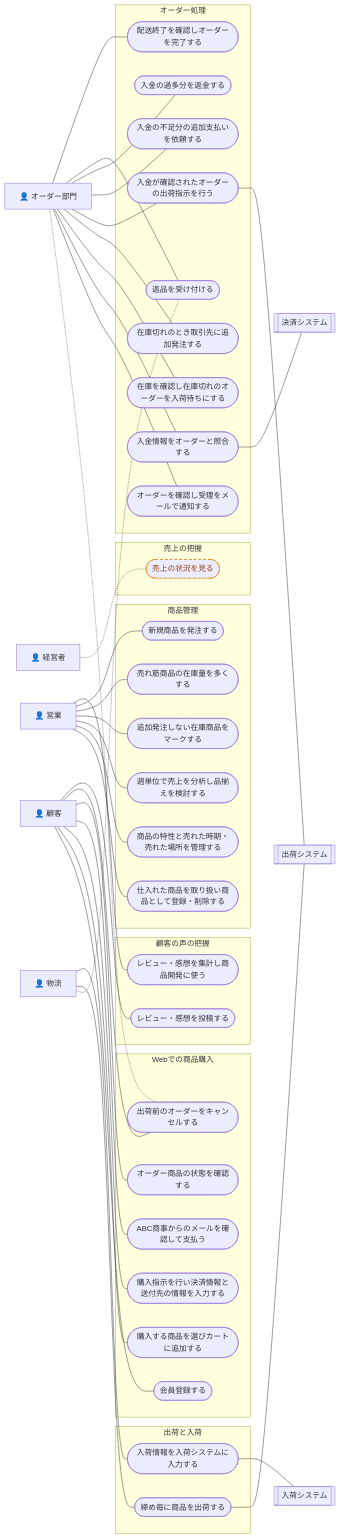
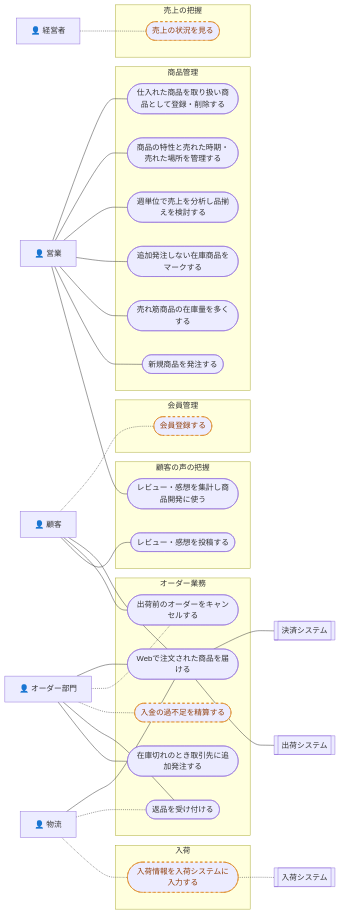
One commit to Nke0628/rdra-webapp changed the third of 23 diagrams in docs/rdra/diagrams.md. Above: the diagram before and after it, drawn with Mermaid. The commit also changed other lines of this file and 5 other files, not shown here.

````diff
--- a/docs/rdra/diagrams.md
+++ b/docs/rdra/diagrams.md
@@ -140,75 +124,56 @@
 ```mermaid
 flowchart LR
-  subgraph g1["Webでの商品購入"]
+  subgraph g1["会員管理"]
     b2(["会員登録する"])
-    b3(["購入する商品を選びカートに追加する"])
-    b4(["購入指示を行い決済情報と送付先の情報を入力する"])
-    b5(["ABC商事からのメールを確認して支払う"])
-    b6(["オーダー商品の状態を確認する"])
-    b7(["出荷前のオーダーをキャンセルする"])
   end
-  subgraph g8["商品管理"]
-    b9(["仕入れた商品を取り扱い商品として登録・削除する"])
-    b10(["商品の特性と売れた時期・売れた場所を管理する"])
-    b11(["週単位で売上を分析し品揃えを検討する"])
-    b12(["追加発注しない在庫商品をマークする"])
-    b13(["売れ筋商品の在庫量を多くする"])
-    b14(["新規商品を発注する"])
+  subgraph g3["オーダー業務"]
+    b4(["Webで注文された商品を届ける"])
+    b5(["出荷前のオーダーをキャンセルする"])
+    b6(["入金の過不足を精算する"])
+    b7(["返品を受け付ける"])
+    b8(["在庫切れのとき取引先に追加発注する"])
   end
-  subgraph g15["売上の把握"]
-    b16(["売上の状況を見る"])
+  subgraph g9["入荷"]
+    b10(["入荷情報を入荷システムに入力する"])
   end
-  subgraph g17["オーダー処理"]
-    b18(["オーダーを確認し受理をメールで通知する"])
-    b19(["入金情報をオーダーと照合する"])
-    b20(["在庫を確認し在庫切れのオーダーを入荷待ちにする"])
-    b21(["在庫切れのとき取引先に追加発注する"])
-    b22(["入金が確認されたオーダーの出荷指示を行う"])
-    b23(["入金の不足分の追加支払いを依頼する"])
-    b24(["入金の過多分を返金する"])
-    b25(["返品を受け付ける"])
-    b26(["配送終了を確認しオーダーを完了する"])
+  subgraph g11["商品管理"]
+    b12(["仕入れた商品を取り扱い商品として登録・削除する"])
+    b13(["商品の特性と売れた時期・売れた場所を管理する"])
+    b14(["週単位で売上を分析し品揃えを検討する"])
+    b15(["追加発注しない在庫商品をマークする"])
+    b16(["売れ筋商品の在庫量を多くする"])
+    b17(["新規商品を発注する"])
   end
-  subgraph g27["出荷と入荷"]
-    b28(["締め毎に商品を出荷する"])
-    b29(["入荷情報を入荷システムに入力する"])
+  subgraph g18["売上の把握"]
+    b19(["売上の状況を見る"])
   end
-  subgraph g30["顧客の声の把握"]
-    b31(["レビュー・感想を投稿する"])
-    b32(["レビュー・感想を集計し商品開発に使う"])
+  subgraph g20["顧客の声の把握"]
+    b21(["レビュー・感想を投稿する"])
+    b22(["レビュー・感想を集計し商品開発に使う"])
   end
-  a33["👤 顧客"] --- b2
-  a33["👤 顧客"] --- b3
-  a33["👤 顧客"] --- b4
-  a33["👤 顧客"] --- b5
-  a33["👤 顧客"] --- b6
-  a33["👤 顧客"] --- b7
-  a34["👤 オーダー部門"] -.- b7
-  a35["👤 営業"] --- b9
-  a35["👤 営業"] --- b10
-  a35["👤 営業"] --- b11
-  a35["👤 営業"] --- b12
-  a35["👤 営業"] --- b13
-  a35["👤 営業"] --- b14
-  a36["👤 経営者"] -.- b16
-  a34["👤 オーダー部門"] --- b18
-  a34["👤 オーダー部門"] --- b19
-  b19 --- e37[["決済システム"]]
-  a34["👤 オーダー部門"] --- b20
-  a34["👤 オーダー部門"] --- b21
-  a34["👤 オーダー部門"] --- b22
-  b22 --- e38[["出荷システム"]]
-  a34["👤 オーダー部門"] --- b23
-  a34["👤 オーダー部門"] --- b24
-  a34["👤 オーダー部門"] --- b25
-  a39["👤 物流"] -.- b25
-  a34["👤 オーダー部門"] --- b26
-  a39["👤 物流"] --- b28
-  b28 --- e38[["出荷システム"]]
-  a39["👤 物流"] --- b29
-  b29 --- e40[["入荷システム"]]
-  a33["👤 顧客"] --- b31
-  a35["👤 営業"] --- b32
+  a23["👤 顧客"] -.- b2
+  a23["👤 顧客"] --- b4
+  a24["👤 オーダー部門"] --- b4
+  a25["👤 物流"] --- b4
+  b4 --- e26[["決済システム"]]
+  b4 --- e27[["出荷システム"]]
+  a23["👤 顧客"] --- b5
+  a24["👤 オーダー部門"] -.- b5
+  a24["👤 オーダー部門"] -.- b6
+  a24["👤 オーダー部門"] --- b7
+  a25["👤 物流"] -.- b7
+  a24["👤 オーダー部門"] --- b8
+  a25["👤 物流"] -.- b10
+  b10 -.- e28[["入荷システム"]]
+  a29["👤 営業"] --- b12
+  a29["👤 営業"] --- b13
+  a29["👤 営業"] --- b14
+  a29["👤 営業"] --- b15
+  a29["👤 営業"] --- b16
+  a29["👤 営業"] --- b17
+  a30["👤 経営者"] -.- b19
+  a23["👤 顧客"] --- b21
+  a29["👤 営業"] --- b22
   classDef hyp stroke-dasharray:5 5,stroke:#d97706,color:#92400e
-  class b16 hyp
+  class b2,b6,b10,b19 hyp
 ```
````
